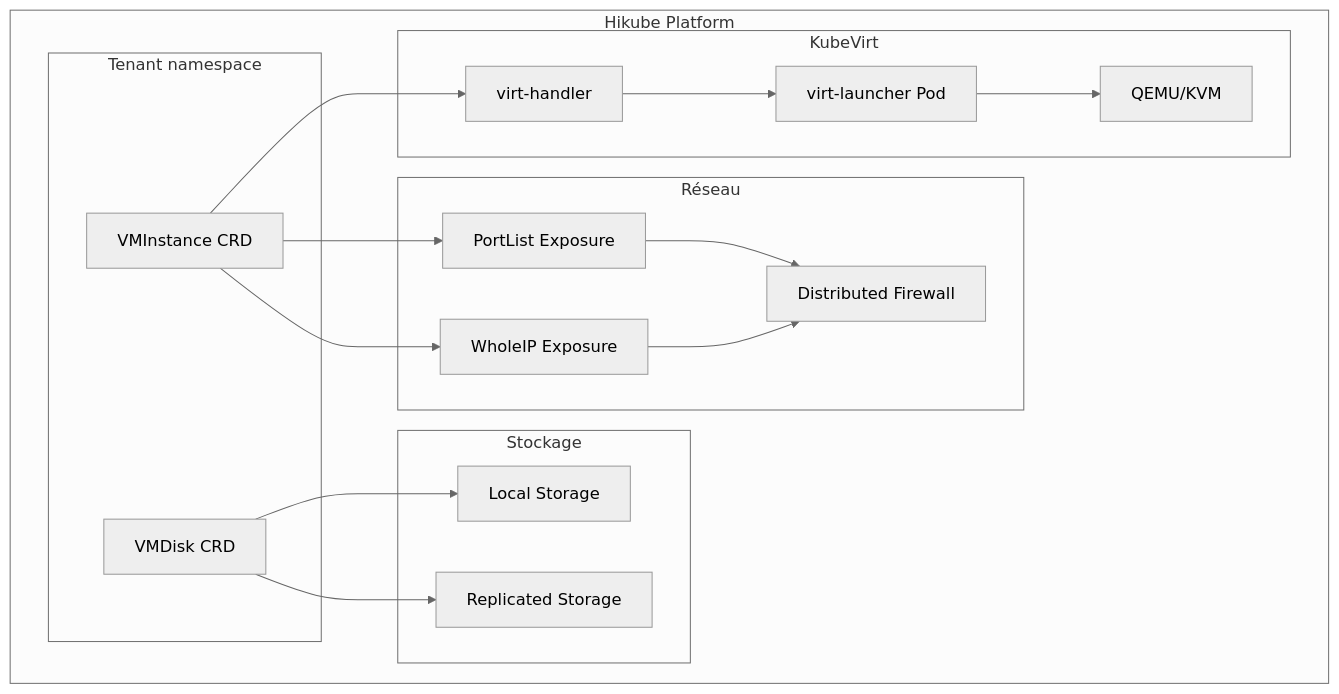
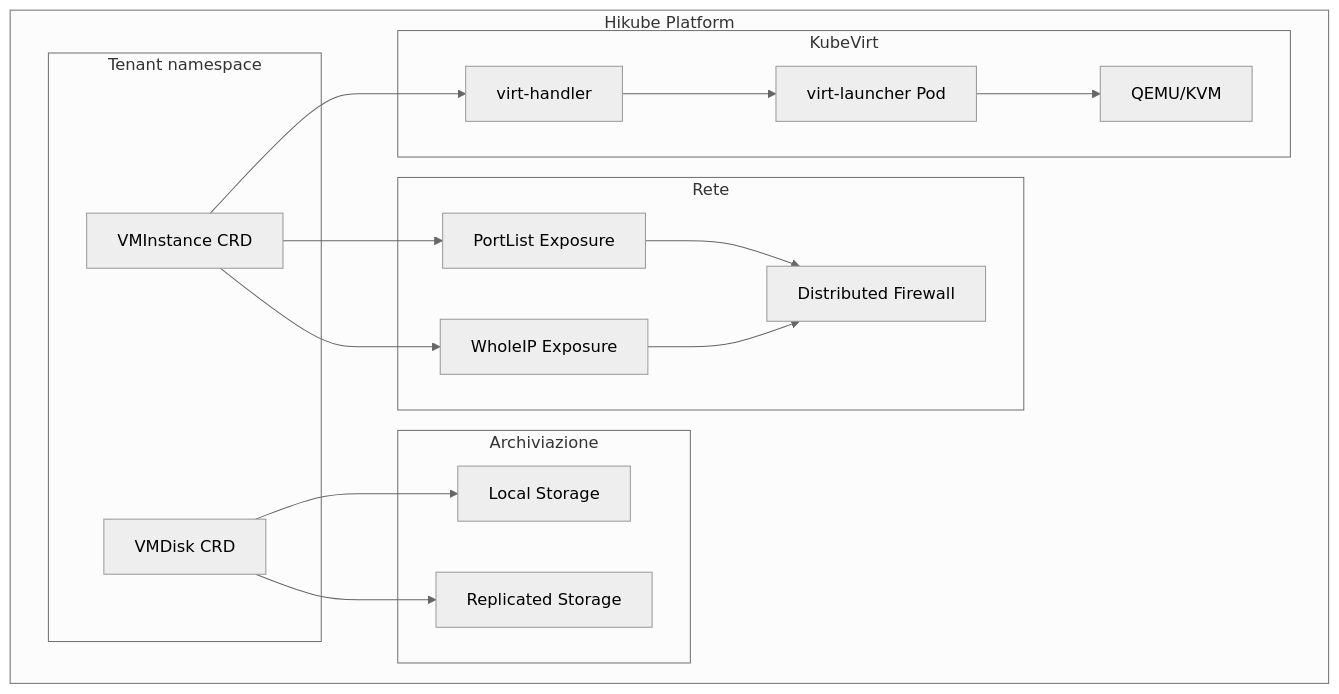
The first of 2 diagrams in i18n/it/docusaurus-plugin-content-docs/current/services/compute/concepts.md (HidoraSwiss/hikube-public-doc), drawn with Mermaid (neutral theme) before and after one commit. The commit also changed other lines of this file and 121 other files, not shown here.

````diff
--- a/i18n/it/docusaurus-plugin-content-docs/current/services/compute/concepts.md
+++ b/i18n/it/docusaurus-plugin-content-docs/current/services/compute/concepts.md
@@ -12,36 +12,36 @@
 ```mermaid
 graph TB
     subgraph "Hikube Platform"
         subgraph "Tenant namespace"
             VMI[VMInstance CRD]
             VMD[VMDisk CRD]
         end
 
         subgraph "KubeVirt"
             VP[virt-handler]
             VL[virt-launcher Pod]
             QEMU[QEMU/KVM]
         end
 
-        subgraph "Stockage"
+        subgraph "Archiviazione"
             LS[Local Storage]
             RS[Replicated Storage]
         end
 
-        subgraph "Réseau"
+        subgraph "Rete"
             PL[PortList Exposure]
             WI[WholeIP Exposure]
             FW[Distributed Firewall]
         end
     end
 
     VMI --> VP
     VMD --> LS
     VMD --> RS
     VP --> VL
     VL --> QEMU
     VMI --> PL
     VMI --> WI
     PL --> FW
     WI --> FW
 ```
````
